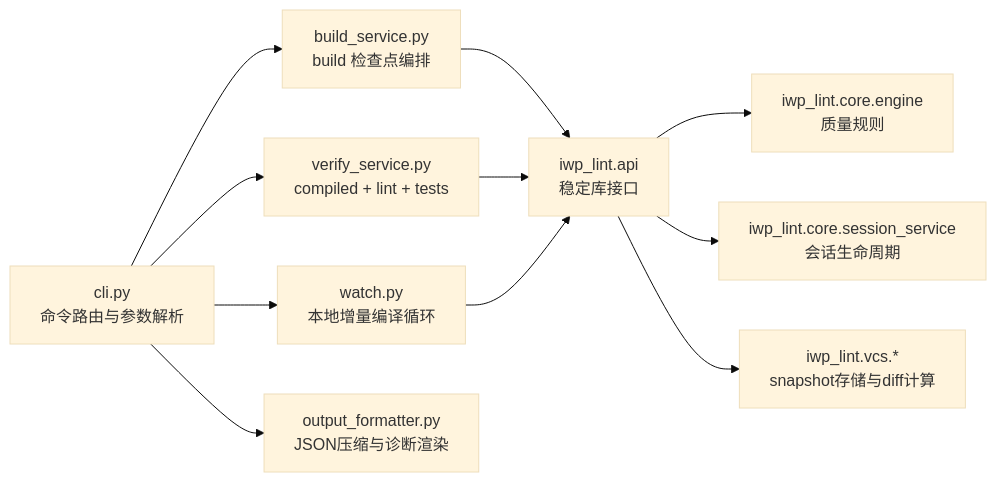
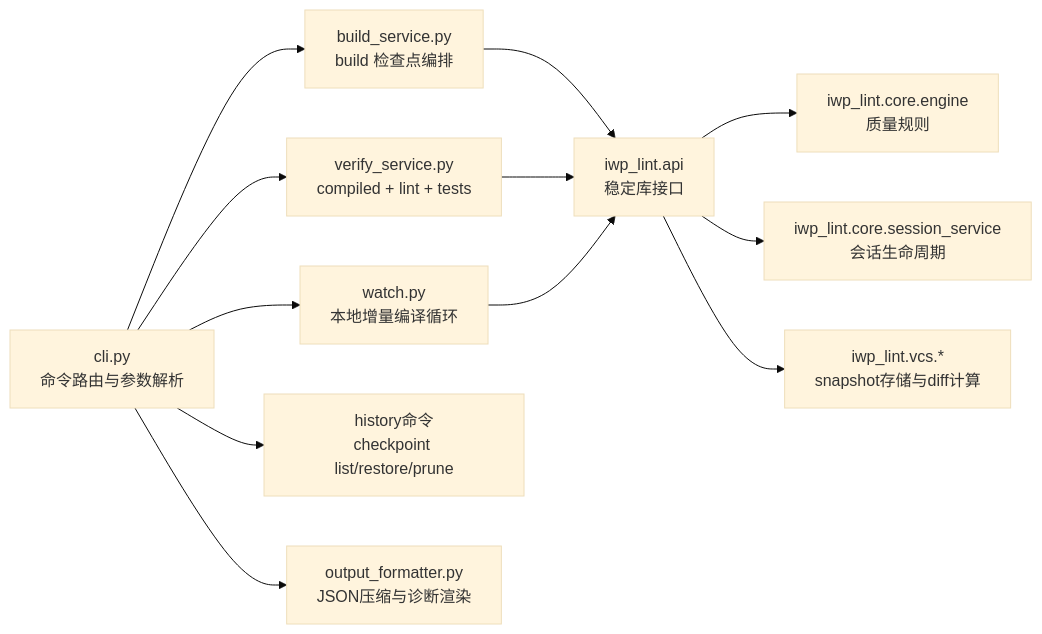
Before and after one commit to InstructWare/iwp-tools: the first of 6 diagrams in iwp_build/ARCHITECTURE.md, drawn with Mermaid (base theme). The commit also changed other lines of this file and 18 other files, not shown here.

````diff
--- a/iwp_build/ARCHITECTURE.md
+++ b/iwp_build/ARCHITECTURE.md
@@ -20,15 +20,16 @@
 ```mermaid
 flowchart LR
   CLI["cli.py\n命令路由与参数解析"] --> BS["build_service.py\nbuild 检查点编排"]
   CLI --> VS["verify_service.py\ncompiled + lint + tests"]
   CLI --> WS["watch.py\n本地增量编译循环"]
+  CLI --> HS["history命令\ncheckpoint list/restore/prune"]
   CLI --> OF["output_formatter.py\nJSON压缩与诊断渲染"]
 
   BS --> API["iwp_lint.api\n稳定库接口"]
   VS --> API
   WS --> API
 
   API --> LINTENG["iwp_lint.core.engine\n质量规则"]
   API --> SESSION["iwp_lint.core.session_service\n会话生命周期"]
   API --> SNAP["iwp_lint.vcs.*\nsnapshot存储与diff计算"]
 ```
````
